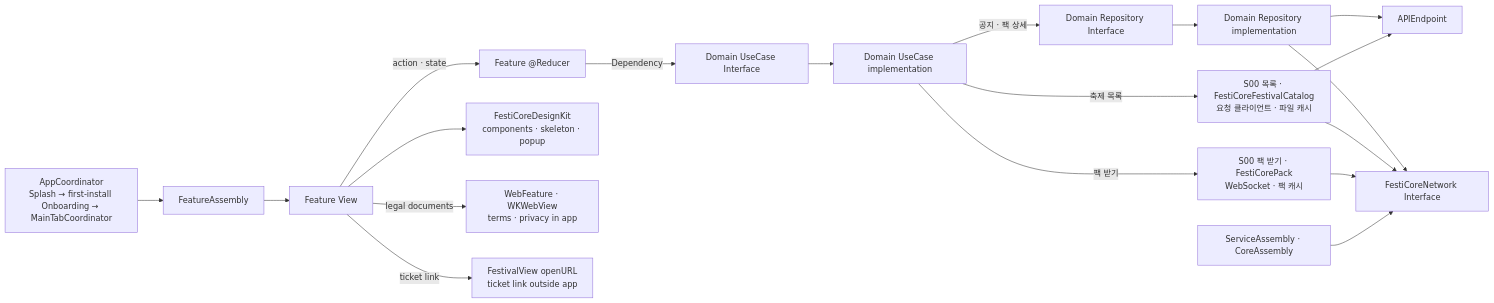
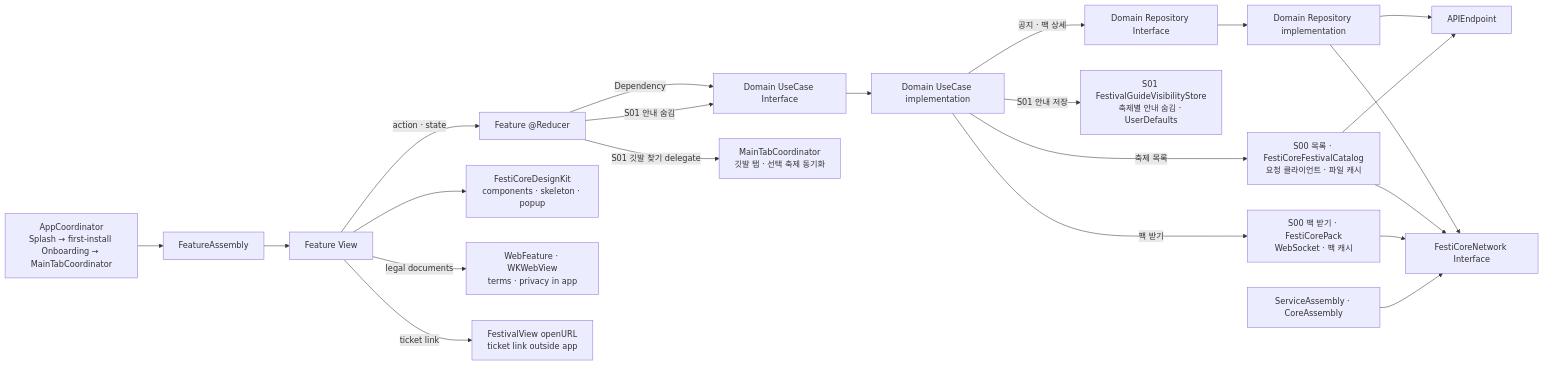
One commit to FESTICORE/FestiCore-iOS changed the diagram in docs/architecture/feature-data-flow.mmd. Above: the diagram before and after it, drawn with Mermaid.

Commit message:
깃발 안내 화면 흐름을 도식에 반영한다 #337

```diff
--- a/docs/architecture/feature-data-flow.mmd
+++ b/docs/architecture/feature-data-flow.mmd
@@ -1,36 +1,41 @@
 flowchart LR
   App["AppCoordinator<br/>Splash → first-install Onboarding → MainTabCoordinator"]
   Assembly["FeatureAssembly"]
   View["Feature View"]
   Reducer["Feature @Reducer"]
   UseCaseInterface["Domain UseCase Interface"]
   UseCaseImpl["Domain UseCase implementation"]
   RepositoryInterface["Domain Repository Interface"]
   RepositoryImpl["Domain Repository implementation"]
   CatalogService["S00 목록 · FestiCoreFestivalCatalog<br/>요청 클라이언트 · 파일 캐시"]
   PackService["S00 팩 받기 · FestiCorePack<br/>WebSocket · 팩 캐시"]
+  GuideStore["S01 FestivalGuideVisibilityStore<br/>축제별 안내 숨김 · UserDefaults"]
+  FlagTab["MainTabCoordinator<br/>깃발 탭 · 선택 축제 동기화"]
   Endpoint["APIEndpoint"]
   Network["FestiCoreNetwork Interface"]
   ServiceAssembly["ServiceAssembly · CoreAssembly"]
   Design["FestiCoreDesignKit<br/>components · skeleton · popup"]
   Web["WebFeature · WKWebView<br/>terms · privacy in app"]
   Ticket["FestivalView openURL<br/>ticket link outside app"]
 
   App --> Assembly
   Assembly --> View
   View -->|action · state| Reducer
   Reducer -->|Dependency| UseCaseInterface
   UseCaseInterface --> UseCaseImpl
   UseCaseImpl -->|공지 · 팩 상세| RepositoryInterface
   UseCaseImpl -->|축제 목록| CatalogService
   UseCaseImpl -->|팩 받기| PackService
+  Reducer -->|S01 안내 숨김| UseCaseInterface
+  UseCaseImpl -->|S01 안내 저장| GuideStore
+  Reducer -->|S01 깃발 찾기 delegate| FlagTab
   RepositoryInterface --> RepositoryImpl
   RepositoryImpl --> Endpoint
   RepositoryImpl --> Network
   CatalogService --> Endpoint
   CatalogService --> Network
   PackService --> Network
   ServiceAssembly --> Network
   View --> Design
   View -->|legal documents| Web
   View -->|ticket link| Ticket
```
